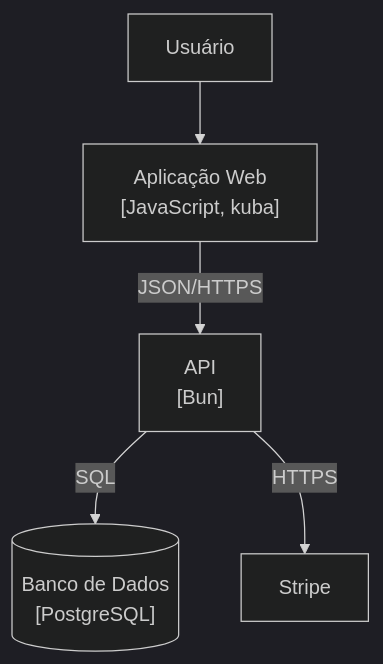
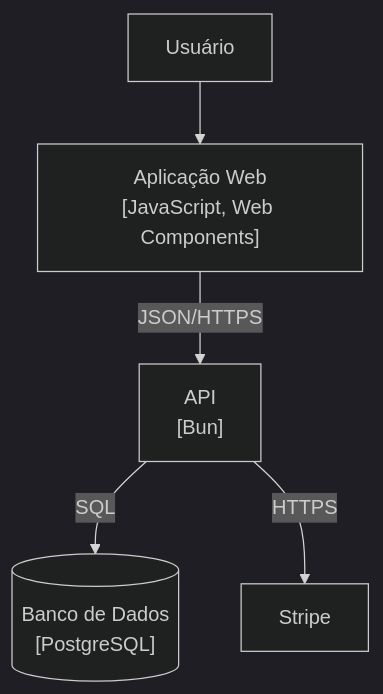
Before and after one commit to T2E1/kuba: the second of 3 diagrams in .claude/skills/c4-model/examples/level-separation.valid.md, drawn with Mermaid (dark theme). The commit also changed 386 other files, not shown here.

````diff
--- a/.claude/skills/c4-model/examples/level-separation.valid.md
+++ b/.claude/skills/c4-model/examples/level-separation.valid.md
@@ -20,7 +20,7 @@
 ```mermaid
 graph TD
-    Usuario[Usuário] --> Web["Aplicação Web<br/>[JavaScript, kuba]"]
+    Usuario[Usuário] --> Web["Aplicação Web<br/>[JavaScript, Web Components]"]
     Web -->|JSON/HTTPS| API["API<br/>[Bun]"]
     API -->|SQL| Banco[("Banco de Dados<br/>[PostgreSQL]")]
     API -->|HTTPS| Stripe[Stripe]
 ```
````
